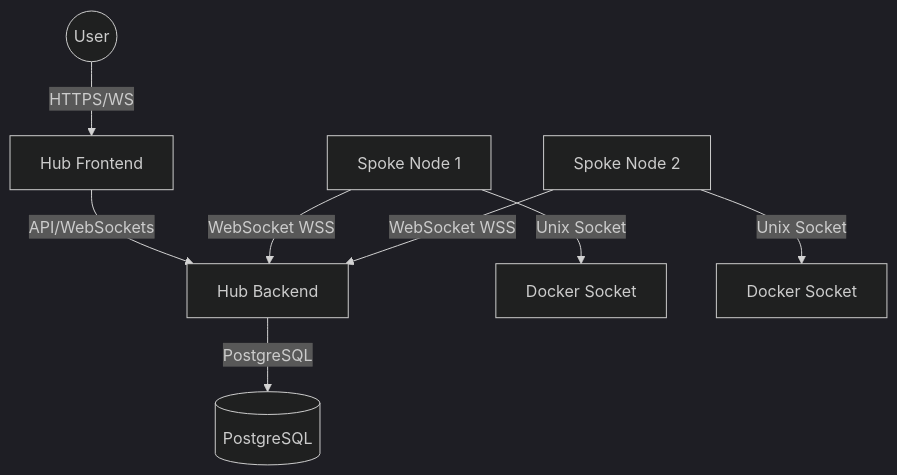
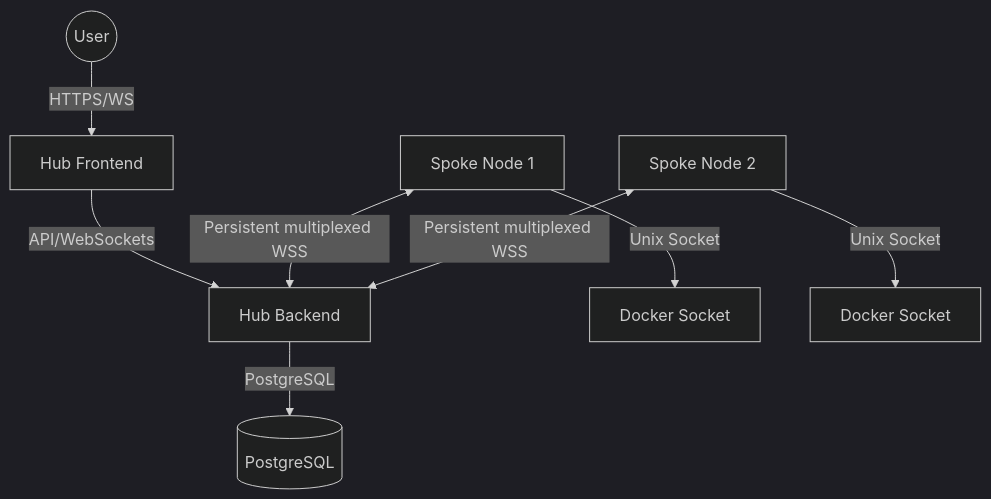
Before and after one commit to sharansutrapu/lighthouse: the second of 2 diagrams in docs/ARCHITECTURE.md, drawn with Mermaid (dark theme). The commit also changed other lines of this file and 22 other files, not shown here.

Commit message:
Add full hub-spoke remote control

````diff
--- a/docs/ARCHITECTURE.md
+++ b/docs/ARCHITECTURE.md
@@ -24,12 +24,12 @@
 ```mermaid
 graph TD
     User((User)) -->|HTTPS/WS| HubFE[Hub Frontend]
     HubFE -->|API/WebSockets| HubBE[Hub Backend]
     HubBE -->|PostgreSQL| HubDB[(PostgreSQL)]
     
-    Spoke1[Spoke Node 1] -->|WebSocket WSS| HubBE
-    Spoke2[Spoke Node 2] -->|WebSocket WSS| HubBE
+    Spoke1[Spoke Node 1] <-->|Persistent multiplexed WSS| HubBE
+    Spoke2[Spoke Node 2] <-->|Persistent multiplexed WSS| HubBE
     
     Spoke1 -->|Unix Socket| DS1[Docker Socket]
     Spoke2 -->|Unix Socket| DS2[Docker Socket]
 ```
````
